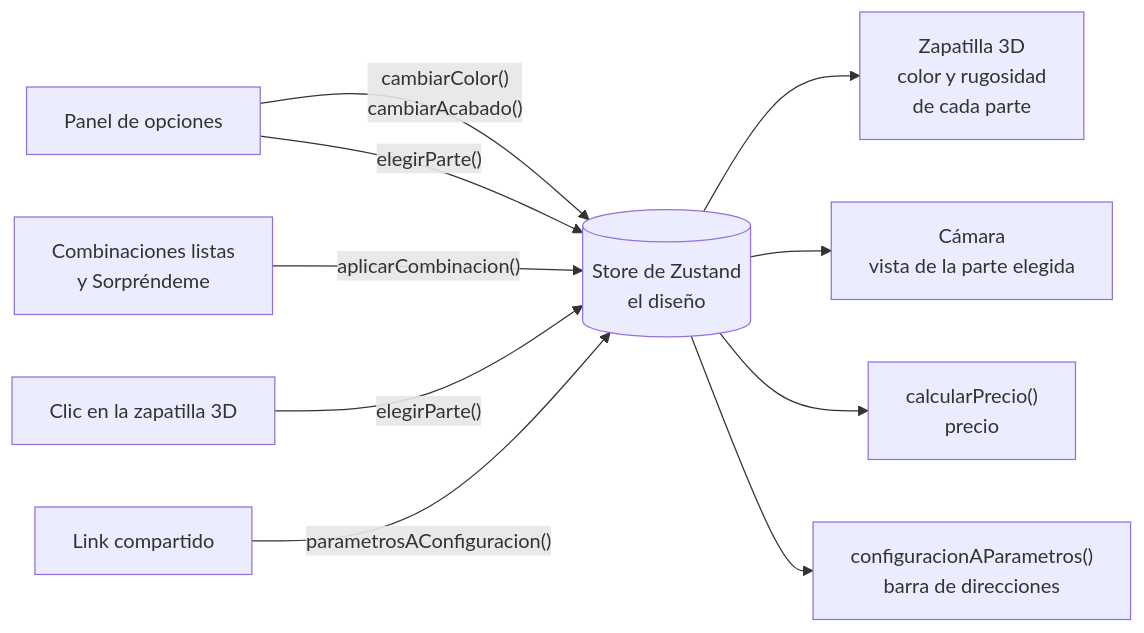
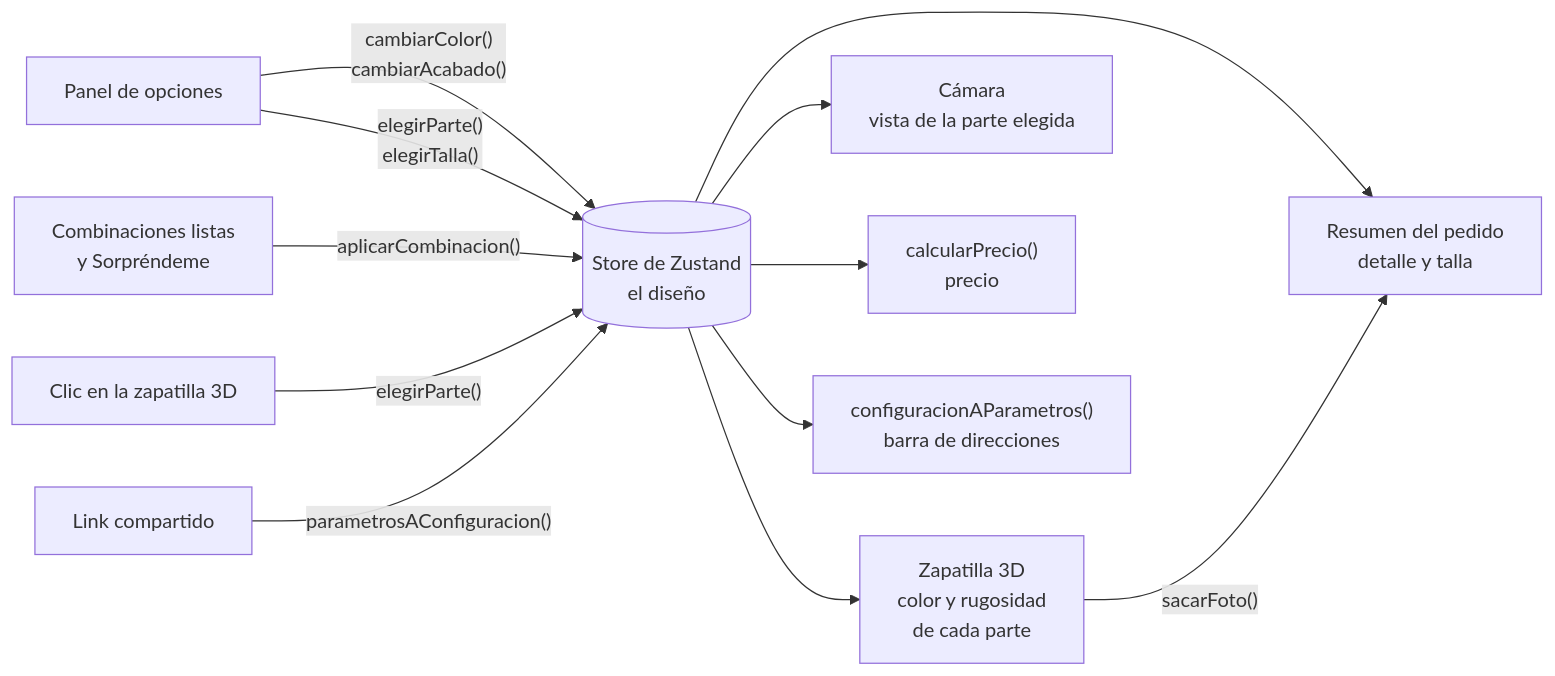
One commit to Vitomans/configurador-3d changed the diagram in README.md. Above: the diagram before and after it, drawn with Mermaid. The commit also changed other lines of this file and 1 other file, not shown here.

````diff
--- a/README.md
+++ b/README.md
@@ -43,12 +45,14 @@
 ```mermaid
 flowchart LR
     panel["Panel de opciones"] -->|"cambiarColor()<br/>cambiarAcabado()"| store[("Store de Zustand<br/>el diseño")]
-    panel -->|"elegirParte()"| store
+    panel -->|"elegirParte()<br/>elegirTalla()"| store
     combinaciones["Combinaciones listas<br/>y Sorpréndeme"] -->|"aplicarCombinacion()"| store
     zapatilla["Clic en la zapatilla 3D"] -->|"elegirParte()"| store
     store --> producto["Zapatilla 3D<br/>color y rugosidad<br/>de cada parte"]
     store --> camara["Cámara<br/>vista de la parte elegida"]
     store --> precio["calcularPrecio()<br/>precio"]
     store --> url["configuracionAParametros()<br/>barra de direcciones"]
     link["Link compartido"] -->|"parametrosAConfiguracion()"| store
+    store --> pedido["Resumen del pedido<br/>detalle y talla"]
+    producto -->|"sacarFoto()"| pedido
 ```
````
